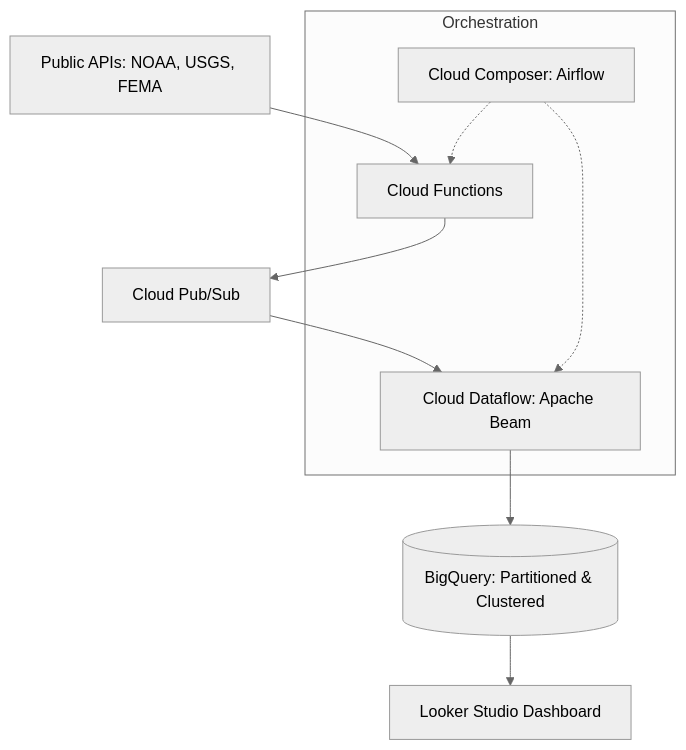
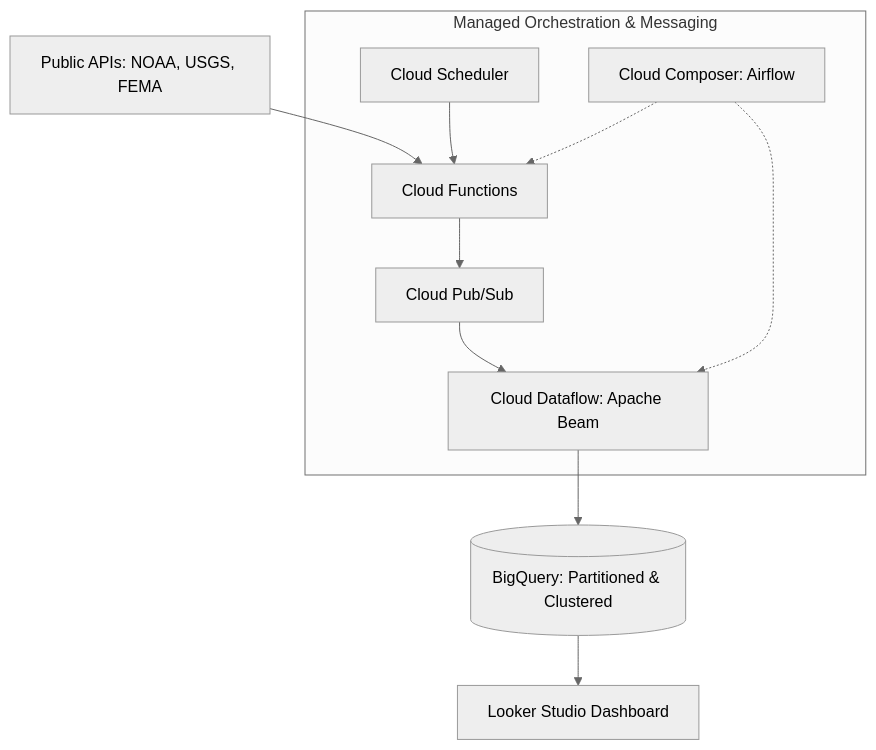
Before and after one commit to Raviteja-bh/gcp-hands-on-projects: the diagram in cat-risk-pipeline/README.md, drawn with Mermaid (neutral theme).

Commit message:
Update README with enhanced project details

````diff
--- a/cat-risk-pipeline/README.md
+++ b/cat-risk-pipeline/README.md
@@ -15,13 +15,15 @@
 ```mermaid
 graph TD
     A[Public APIs: NOAA, USGS, FEMA] --> B[Cloud Functions]
     B --> C[Cloud Pub/Sub]
     C --> D[Cloud Dataflow: Apache Beam]
     D --> E[(BigQuery: Partitioned & Clustered)]
     E --> F[Looker Studio Dashboard]
     
-    subgraph Orchestration
+    subgraph Orchestration [Managed Orchestration & Messaging]
+    S[Cloud Scheduler] --> B
     G[Cloud Composer: Airflow] -.-> B
     G -.-> D
+    C
     end
 ```
````
